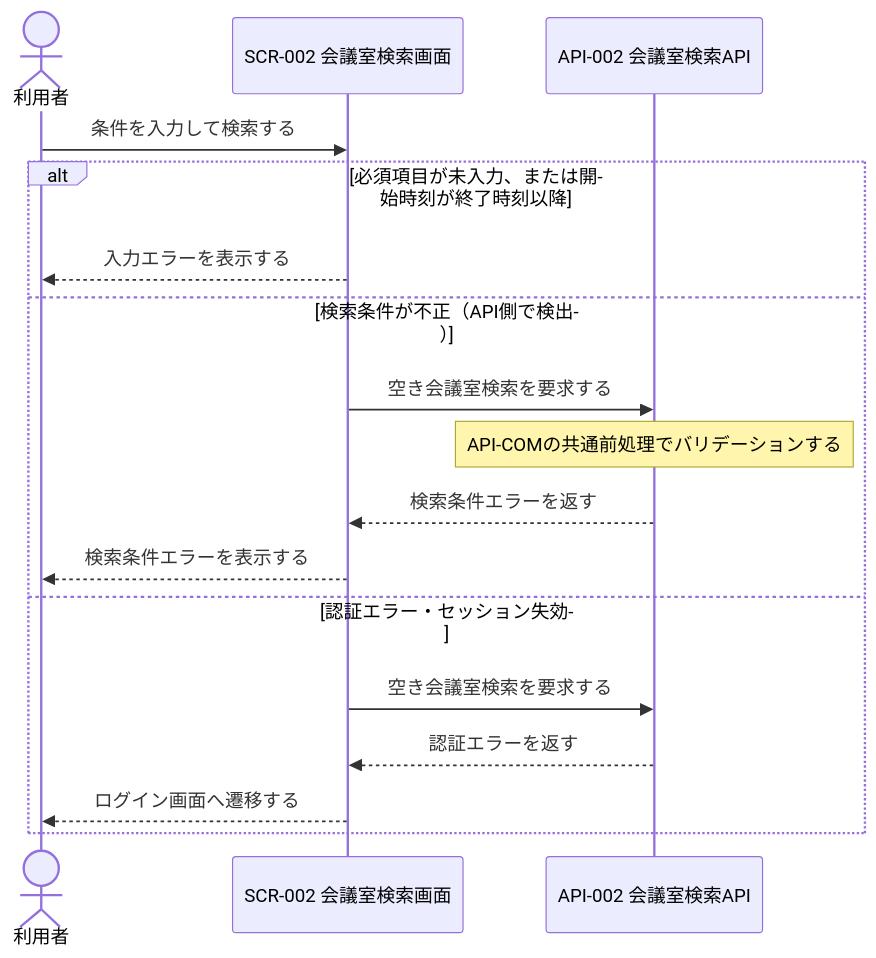
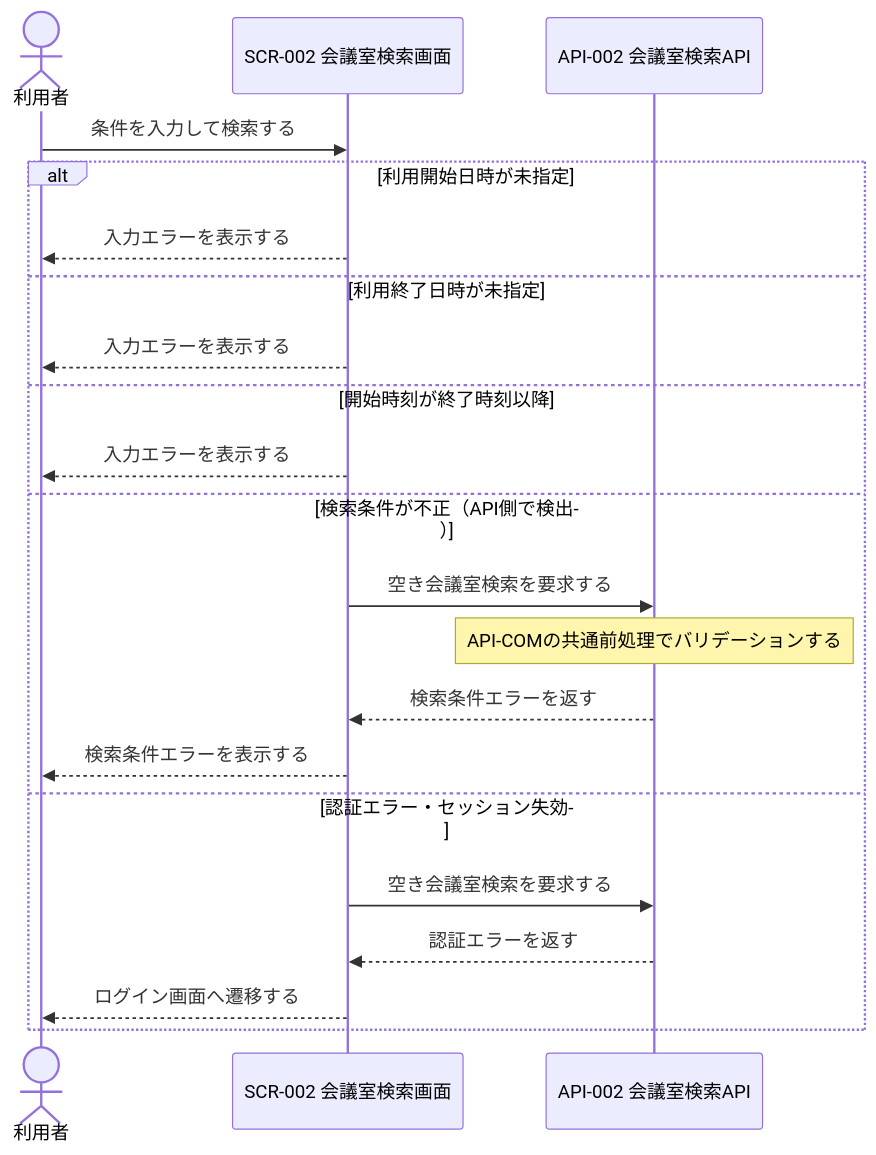
Before and after one commit to sikakou54/system-document-template: the third of 3 diagrams in docs/03_機能設計/02_シーケンス設計/SEQ-006_会議室検索シーケンス.md, drawn with Mermaid. The commit also changed other lines of this file and 136 other files, not shown here.

````diff
--- a/docs/03_機能設計/02_シーケンス設計/SEQ-006_会議室検索シーケンス.md
+++ b/docs/03_機能設計/02_シーケンス設計/SEQ-006_会議室検索シーケンス.md
@@ -105,20 +115,24 @@
 ```mermaid
 sequenceDiagram
     actor U as 利用者
     participant UI as SCR-002 会議室検索画面
     participant SAPI as API-002 会議室検索API
 
     U->>UI: 条件を入力して検索する
-    alt 必須項目が未入力、または開始時刻が終了時刻以降
+    alt 利用開始日時が未指定
+        UI-->>U: 入力エラーを表示する
+    else 利用終了日時が未指定
+        UI-->>U: 入力エラーを表示する
+    else 開始時刻が終了時刻以降
         UI-->>U: 入力エラーを表示する
     else 検索条件が不正（API側で検出）
         UI->>SAPI: 空き会議室検索を要求する
         Note over SAPI: API-COMの共通前処理でバリデーションする
         SAPI-->>UI: 検索条件エラーを返す
         UI-->>U: 検索条件エラーを表示する
     else 認証エラー・セッション失効
         UI->>SAPI: 空き会議室検索を要求する
         SAPI-->>UI: 認証エラーを返す
         UI-->>U: ログイン画面へ遷移する
     end
 ```
````
